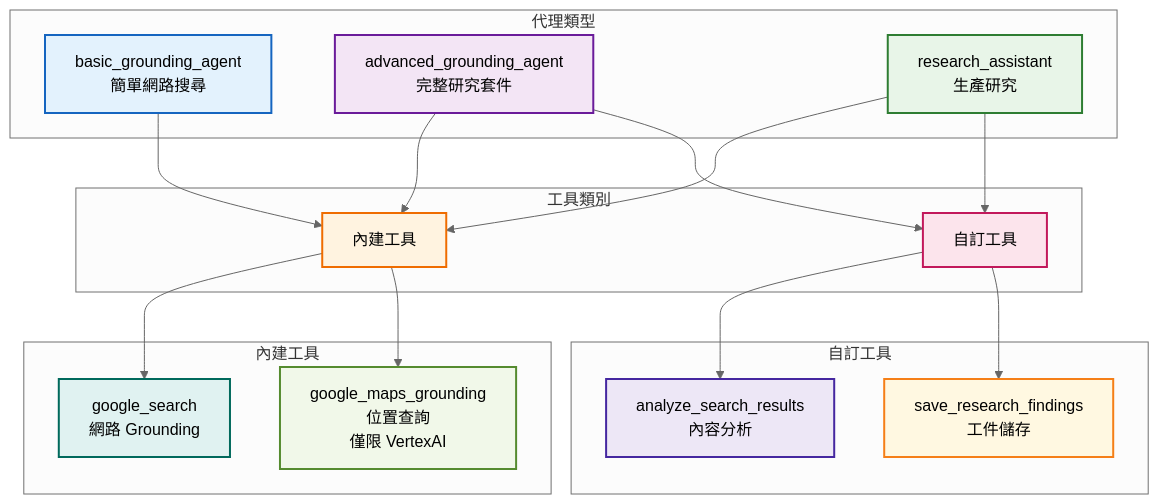
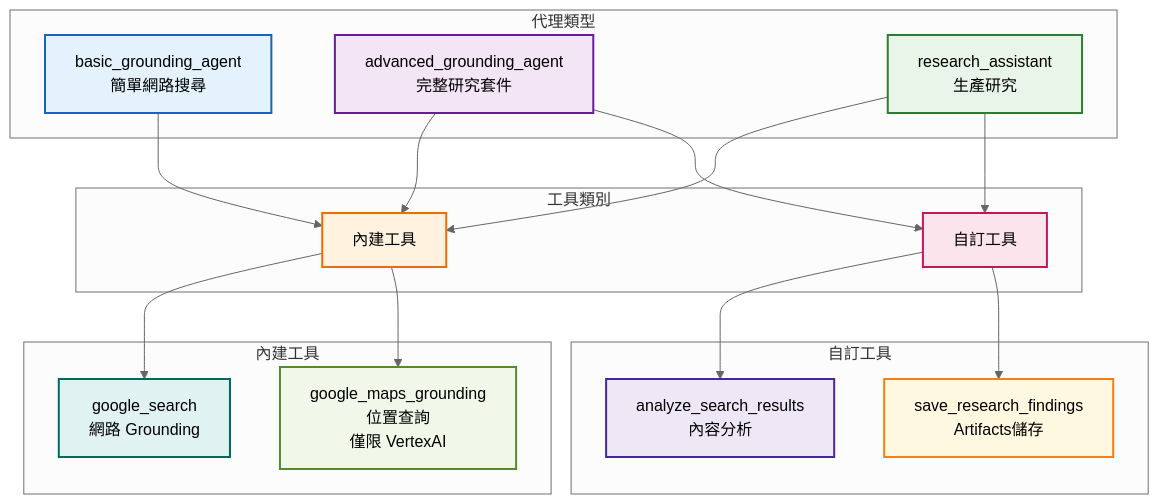
Before and after one commit to lastingyeh/google-adk-study: the second of 4 diagrams in workspace/python/agents/grounding-agent/README.md, drawn with Mermaid (neutral theme). The commit also changed other lines of this file and 9 other files, not shown here.

````diff
--- a/workspace/python/agents/grounding-agent/README.md
+++ b/workspace/python/agents/grounding-agent/README.md
@@ -270,44 +270,44 @@
 ```mermaid
 graph TD
     subgraph "代理類型"
         A[basic_grounding_agent<br/>簡單網路搜尋]
         B[advanced_grounding_agent<br/>完整研究套件]
         C[research_assistant<br/>生產研究]
     end
 
     subgraph "工具類別"
         D[內建工具]
         E[自訂工具]
     end
 
     subgraph "內建工具"
         F[google_search<br/>網路 Grounding ]
         G[google_maps_grounding<br/>位置查詢<br/>僅限 VertexAI]
     end
 
     subgraph "自訂工具"
         H[analyze_search_results<br/>內容分析]
-        I[save_research_findings<br/>工件儲存]
+        I[save_research_findings<br/>Artifacts儲存]
     end
 
     A --> D
     B --> D
     B --> E
     C --> D
     C --> E
 
     D --> F
     D --> G
     E --> H
     E --> I
 
     style A fill:#e3f2fd,stroke:#1565c0,stroke-width:2px
     style B fill:#f3e5f5,stroke:#6a1b9a,stroke-width:2px
     style C fill:#e8f5e8,stroke:#2e7d32,stroke-width:2px
     style D fill:#fff3e0,stroke:#ef6c00,stroke-width:2px
     style E fill:#fce4ec,stroke:#c2185b,stroke-width:2px
     style F fill:#e0f2f1,stroke:#00695c,stroke-width:2px
     style G fill:#f1f8e9,stroke:#558b2f,stroke-width:2px
     style H fill:#ede7f6,stroke:#4527a0,stroke-width:2px
     style I fill:#fff8e1,stroke:#f57f17,stroke-width:2px
 ```
````
